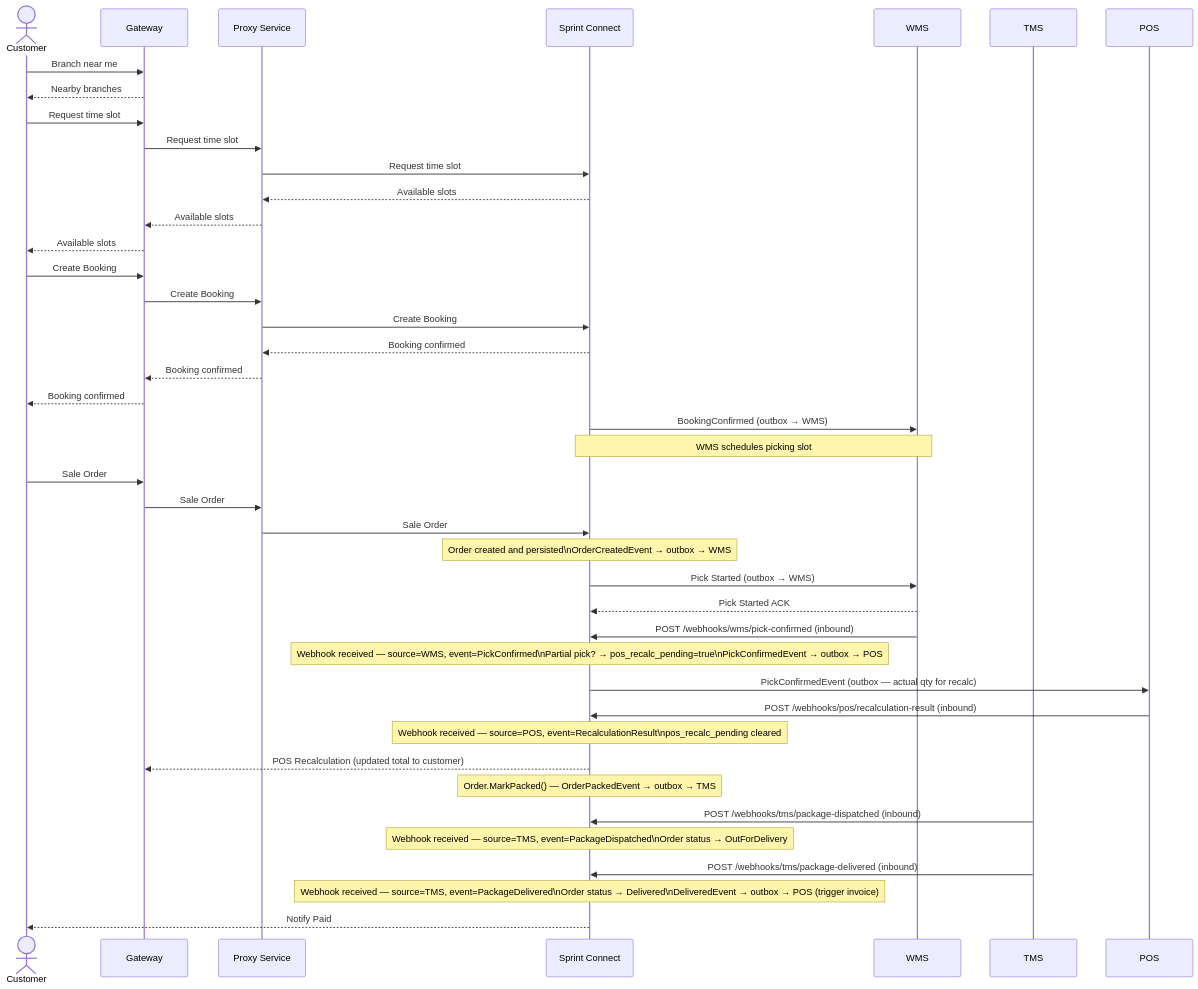
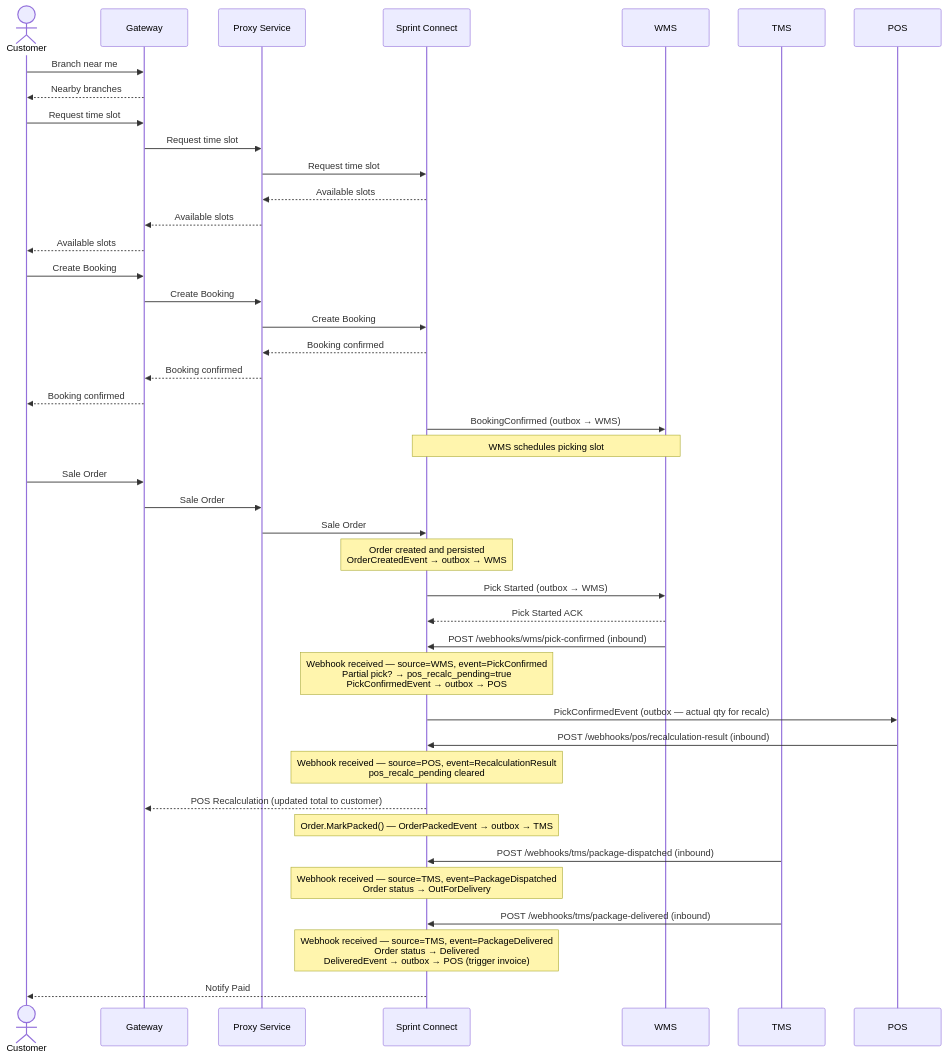
Before and after one commit to rosered11/personal-claude: the first of 24 diagrams in result/oms-sequence-diagrams.md, drawn with Mermaid. The commit also changed other lines of this file and 7 other files, not shown here.

````diff
--- a/result/oms-sequence-diagrams.md
+++ b/result/oms-sequence-diagrams.md
@@ -9,53 +9,53 @@
 ```mermaid
 sequenceDiagram
     actor C as Customer
     participant GW as Gateway
     participant PS as Proxy Service
     participant SC as Sprint Connect
     participant WMS as WMS
     participant TMS as TMS
     participant POS as POS
 
     C->>GW: Branch near me
     GW-->>C: Nearby branches
 
     C->>GW: Request time slot
     GW->>PS: Request time slot
     PS->>SC: Request time slot
     SC-->>PS: Available slots
     PS-->>GW: Available slots
     GW-->>C: Available slots
 
     C->>GW: Create Booking
     GW->>PS: Create Booking
     PS->>SC: Create Booking
     SC-->>PS: Booking confirmed
     PS-->>GW: Booking confirmed
     GW-->>C: Booking confirmed
     SC->>WMS: BookingConfirmed (outbox → WMS)
     Note over SC,WMS: WMS schedules picking slot
 
     C->>GW: Sale Order
     GW->>PS: Sale Order
     PS->>SC: Sale Order
-    Note over SC: Order created and persisted\nOrderCreatedEvent → outbox → WMS
+    Note over SC: Order created and persisted<br>OrderCreatedEvent → outbox → WMS
 
     SC->>WMS: Pick Started (outbox → WMS)
     WMS-->>SC: Pick Started ACK
 
     WMS->>SC: POST /webhooks/wms/pick-confirmed (inbound)
-    Note over SC: Webhook received — source=WMS, event=PickConfirmed\nPartial pick? → pos_recalc_pending=true\nPickConfirmedEvent → outbox → POS
+    Note over SC: Webhook received — source=WMS, event=PickConfirmed<br>Partial pick? → pos_recalc_pending=true<br>PickConfirmedEvent → outbox → POS
     SC->>POS: PickConfirmedEvent (outbox — actual qty for recalc)
     POS->>SC: POST /webhooks/pos/recalculation-result (inbound)
-    Note over SC: Webhook received — source=POS, event=RecalculationResult\npos_recalc_pending cleared
+    Note over SC: Webhook received — source=POS, event=RecalculationResult<br>pos_recalc_pending cleared
     SC-->>GW: POS Recalculation (updated total to customer)
 
     Note over SC: Order.MarkPacked() — OrderPackedEvent → outbox → TMS
 
     TMS->>SC: POST /webhooks/tms/package-dispatched (inbound)
-    Note over SC: Webhook received — source=TMS, event=PackageDispatched\nOrder status → OutForDelivery
+    Note over SC: Webhook received — source=TMS, event=PackageDispatched<br>Order status → OutForDelivery
 
     TMS->>SC: POST /webhooks/tms/package-delivered (inbound)
-    Note over SC: Webhook received — source=TMS, event=PackageDelivered\nOrder status → Delivered\nDeliveredEvent → outbox → POS (trigger invoice)
+    Note over SC: Webhook received — source=TMS, event=PackageDelivered<br>Order status → Delivered<br>DeliveredEvent → outbox → POS (trigger invoice)
     SC-->>C: Notify Paid
 ```
````
